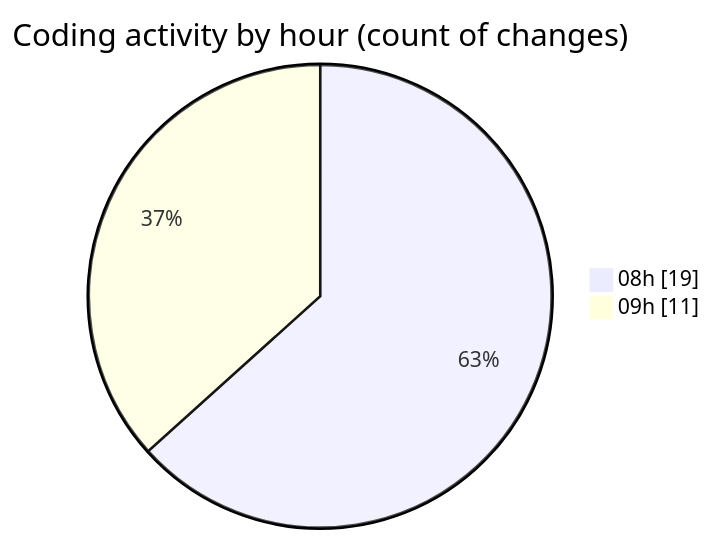
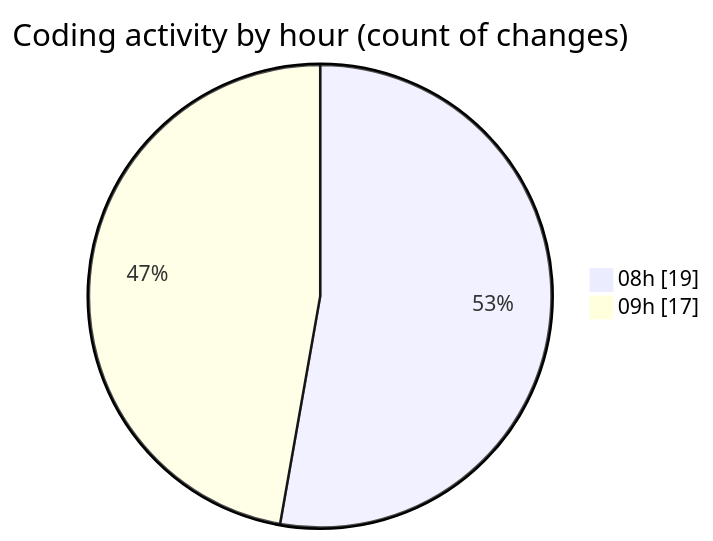
The second of 2 diagrams in 2025-09-13/shop/README.md (vahidmafi/code-tracking), drawn with Mermaid before and after one commit. The commit also changed other lines of this file and 1 other file, not shown here.

````diff
--- a/2025-09-13/shop/README.md
+++ b/2025-09-13/shop/README.md
@@ -41,6 +47,6 @@
 ```mermaid
 pie showData
 title Coding activity by hour (count of changes)
 "08h" : 19
-"09h" : 11
+"09h" : 17
 ```
````
